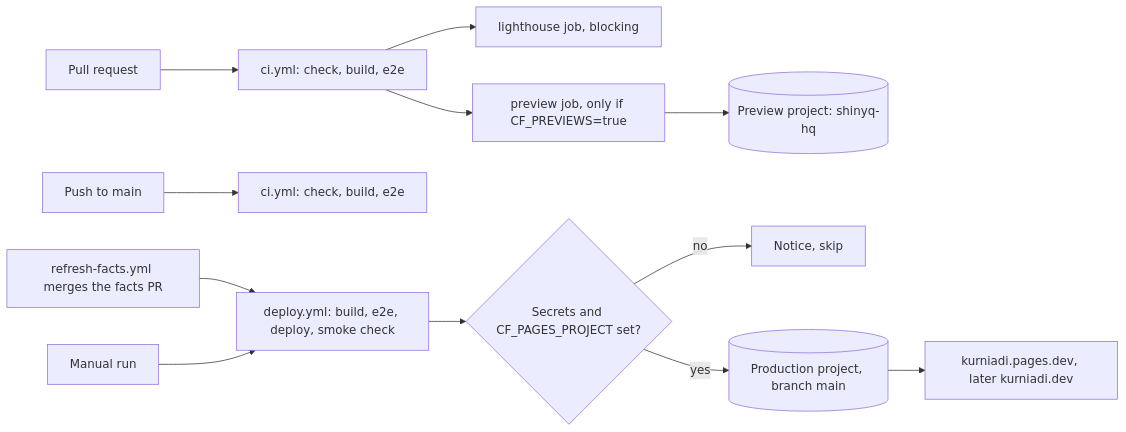
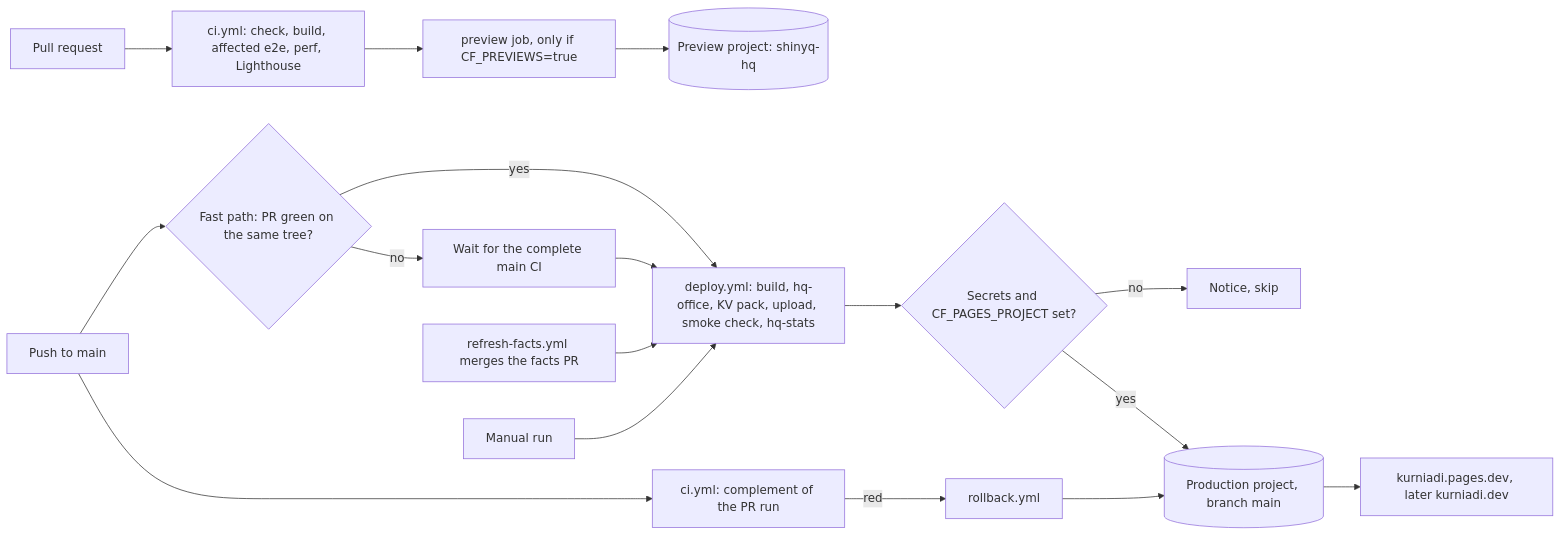
Before and after one commit to ShinyQ/ShinyQ-HQ: the diagram in docs/deploy.md, drawn with Mermaid. The commit also changed other lines of this file and 25 other files, not shown here.

````diff
--- a/docs/deploy.md
+++ b/docs/deploy.md
@@ -67,14 +69,18 @@
 ```mermaid
 flowchart LR
-  PR[Pull request] --> CI[ci.yml: check, build, e2e]
-  CI --> LH[lighthouse job, blocking]
+  PR[Pull request] --> CI[ci.yml: check, build, affected e2e, perf, Lighthouse]
   CI --> PV[preview job, only if CF_PREVIEWS=true]
   PV --> PP[(Preview project: shinyq-hq)]
-  M[Push to main] --> CI2[ci.yml: check, build, e2e]
-  W[refresh-facts.yml merges the facts PR] --> D[deploy.yml: build, e2e, deploy, smoke check]
+  M[Push to main] --> CI2[ci.yml: complement of the PR run]
+  M --> F{Fast path: PR green on the same tree?}
+  F -- yes --> D[deploy.yml: build, hq-office, KV pack, upload, smoke check, hq-stats]
+  F -- no --> C[Wait for the complete main CI] --> D
+  CI2 -- red --> R[rollback.yml]
+  W[refresh-facts.yml merges the facts PR] --> D
   H[Manual run] --> D
   D --> G{Secrets and CF_PAGES_PROJECT set?}
   G -- no --> S[Notice, skip]
   G -- yes --> P[(Production project, branch main)]
+  R --> P
   P --> U[kurniadi.pages.dev, later kurniadi.dev]
 ```
````
